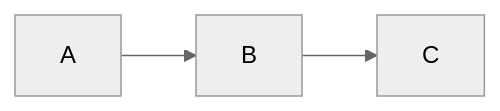
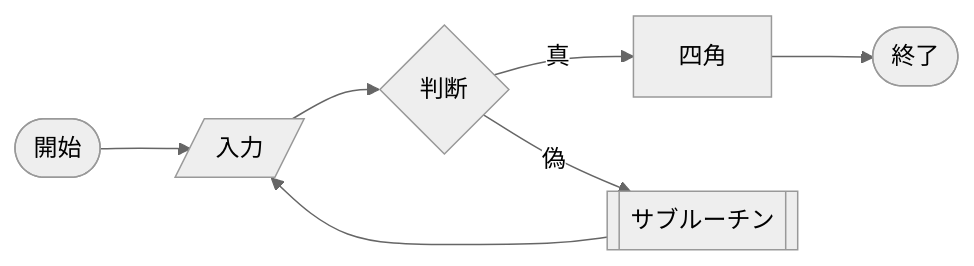
One commit to Buffsan/mermaid_test changed the first of 3 diagrams in README.md. Above: the diagram before and after it, drawn with Mermaid (neutral theme). The commit also changed other lines of this file, not shown here.

````diff
--- a/README.md
+++ b/README.md
@@ -20,4 +20,6 @@
 ```mermaid
 flowchart LR;
-  A --> B　--> C
+A([開始])　-->  B[/入力/]; B--> C{判断};　C--真--> F[四角];　F--> E([終了])
+C　--偽-->D[[サブルーチン]];
+D　--> B
 ```
````
